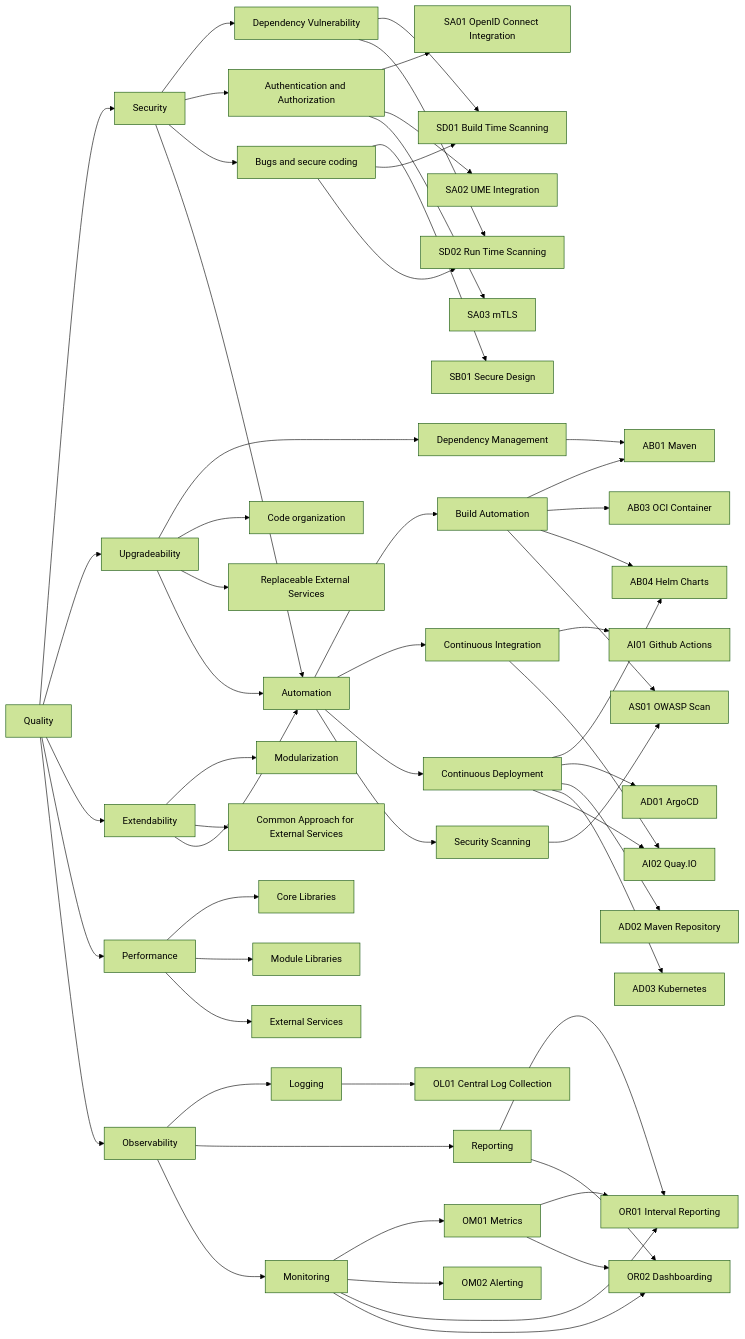
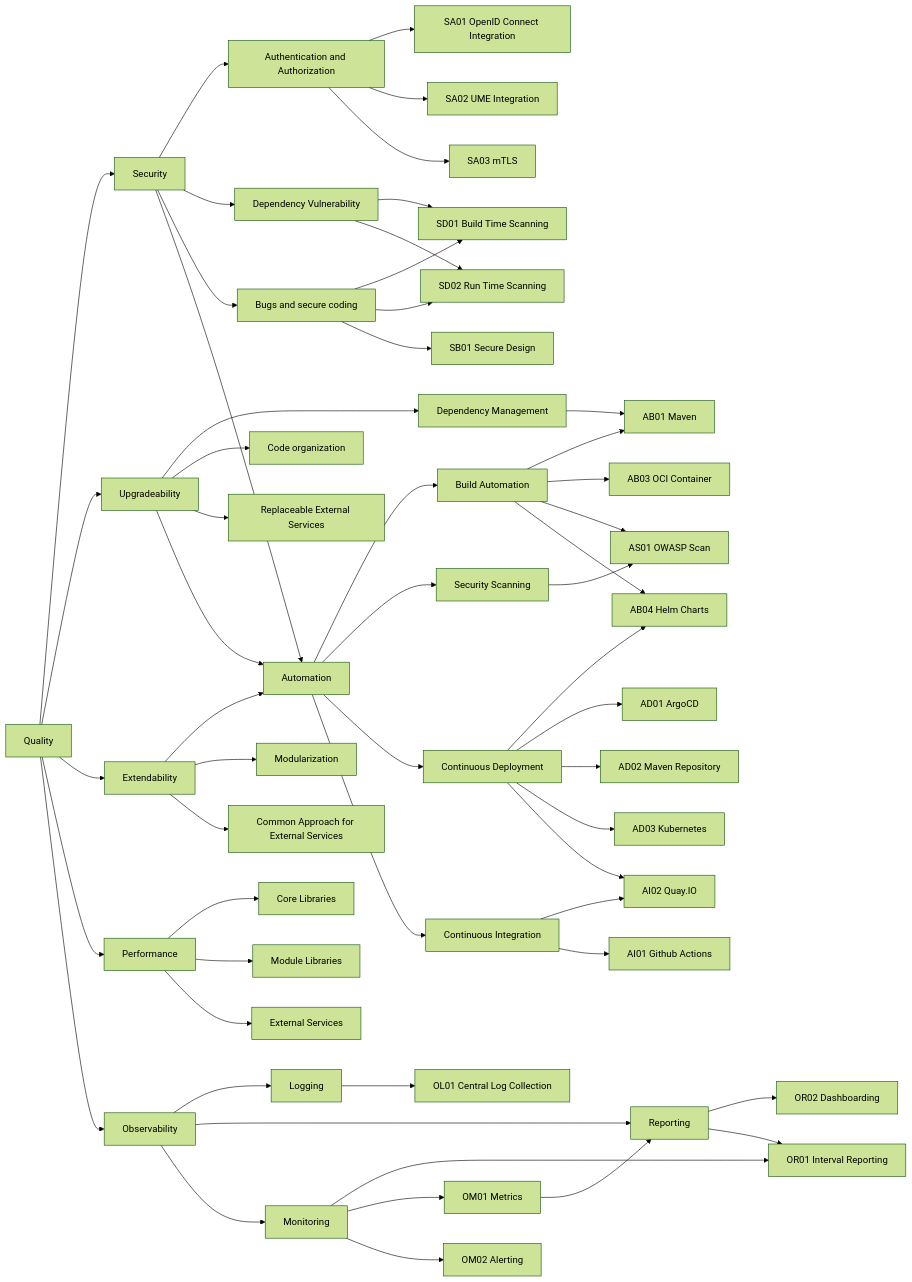
The diagram in src/site/markdown/10-quality.md (KaiserpfalzEDV/kp-commons), drawn with Mermaid (forest theme) before and after one commit.

Commit message:
Reordering the quality tree. Only make it better readable. No Changes of ID is done.

````diff
--- a/src/site/markdown/10-quality.md
+++ b/src/site/markdown/10-quality.md
@@ -3,67 +3,65 @@
 ```mermaid
 graph LR;
 
 q[Quality] --> s[Security];
 q --> u[Upgradeability]
 q --> e[Extendability]
 q --> p[Performance]
 q --> o[Observability]
 
-s --> sd[Dependency Vulnerability]
-sd --> sd01[SD01 Build Time Scanning]
-sd --> sd02[SD02 Run Time Scanning]
 s --> sa[Authentication and Authorization]
 sa --> sa01[SA01 OpenID Connect Integration]
 sa --> sa02[SA02 UME Integration]
 sa --> sa03[SA03 mTLS]
+s --> sd[Dependency Vulnerability]
+sd --> sd01[SD01 Build Time Scanning]
+sd --> sd02[SD02 Run Time Scanning]
 s --> sb[Bugs and secure coding]
-sb --> sb01[SB01 Secure Design]
 sb --> sd01
 sb --> sd02
+sb --> sb01[SB01 Secure Design]
 
 u --> ud[Dependency Management]
 ud --> ab01
 u --> uc[Code organization]
 u --> us[Replaceable External Services]
 
+e --> a
 e --> em[Modularization]
 e --> es[Common Approach for External Services]
 
 p --> pl[Core Libraries]
 p --> pm[Module Libraries]
 p --> ps[External Services]
 
 o --> ol[Logging]
 ol --> ol01[OL01 Central Log Collection]
 o --> or[Reporting]
+or --> or02[OR02 Dashboarding]
 or --> or01[OR01 Interval Reporting]
-or --> or02[OR02 Dashboarding]
 o --> om[Monitoring]
+om --> or01
 om --> om01[OM01 Metrics]
-om01 --> or01
-om01 --> or02
+om01 --> or
 om --> om02[OM02 Alerting]
-om --> or01
-om --> or02
 
 s --> a[Automation]
 u --> a
-e --> a
 
 a --> ab[Build Automation]
 ab --> ab01[AB01 Maven]
 ab --> ab03[AB03 OCI Container]
+ab --> as01
 ab --> ab04[AB04 Helm Charts]
-ab --> as01
-a --> ai[Continuous Integration]
-ai --> ai01[AI01 Github Actions]
-ai --> ai02[AI02 Quay.IO]
+a --> as[Security Scanning]
+as --> as01[AS01 OWASP Scan]
 a --> ad[Continuous Deployment]
 ad --> ab04
 ad --> ad01[AD01 ArgoCD]
 ad --> ad02[AD02 Maven Repository]
 ad --> ad03[AD03 Kubernetes]
 ad --> ai02
-a --> as[Security Scanning]
-as --> as01[AS01 OWASP Scan]
+a --> ai[Continuous Integration]
+ai --> ai02[AI02 Quay.IO]
+ai --> ai01[AI01 Github Actions]
 ```
````
